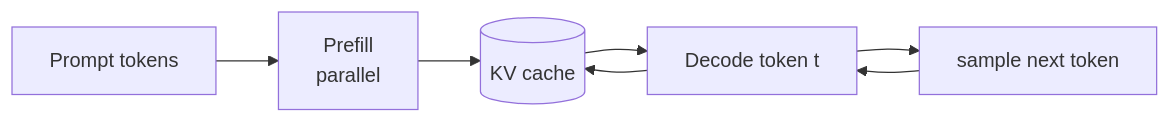
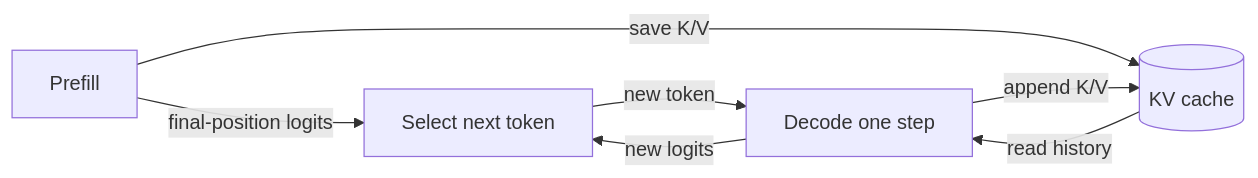
The diagram in 00-foundations/core/decoder-only.en.md (tianyi-zhang-02/cooking-agi), drawn with Mermaid before and after one commit. The commit also changed other lines of this file and 200 other files, not shown here.

First line of the commit message:
Consolidate bilingual reading flow and worked learning examples

````diff
--- a/00-foundations/core/decoder-only.en.md
+++ b/00-foundations/core/decoder-only.en.md
@@ -310,9 +402,9 @@
 ```mermaid
 flowchart LR
-    P["Prompt tokens"] --> F["Prefill<br/>parallel"]
-    F --> K[("KV cache")]
-    K --> D1["Decode token t"]
-    D1 --> K
-    D1 --> D2["sample next token"]
-    D2 --> D1
+    F["Prefill"] -->|final-position logits| S["Select next token"]
+    S -->|new token| D["Decode one step"]
+    D -->|new logits| S
+    F -->|save K/V| K[("KV cache")]
+    K -->|read history| D
+    D -->|append K/V| K
 ```
````
